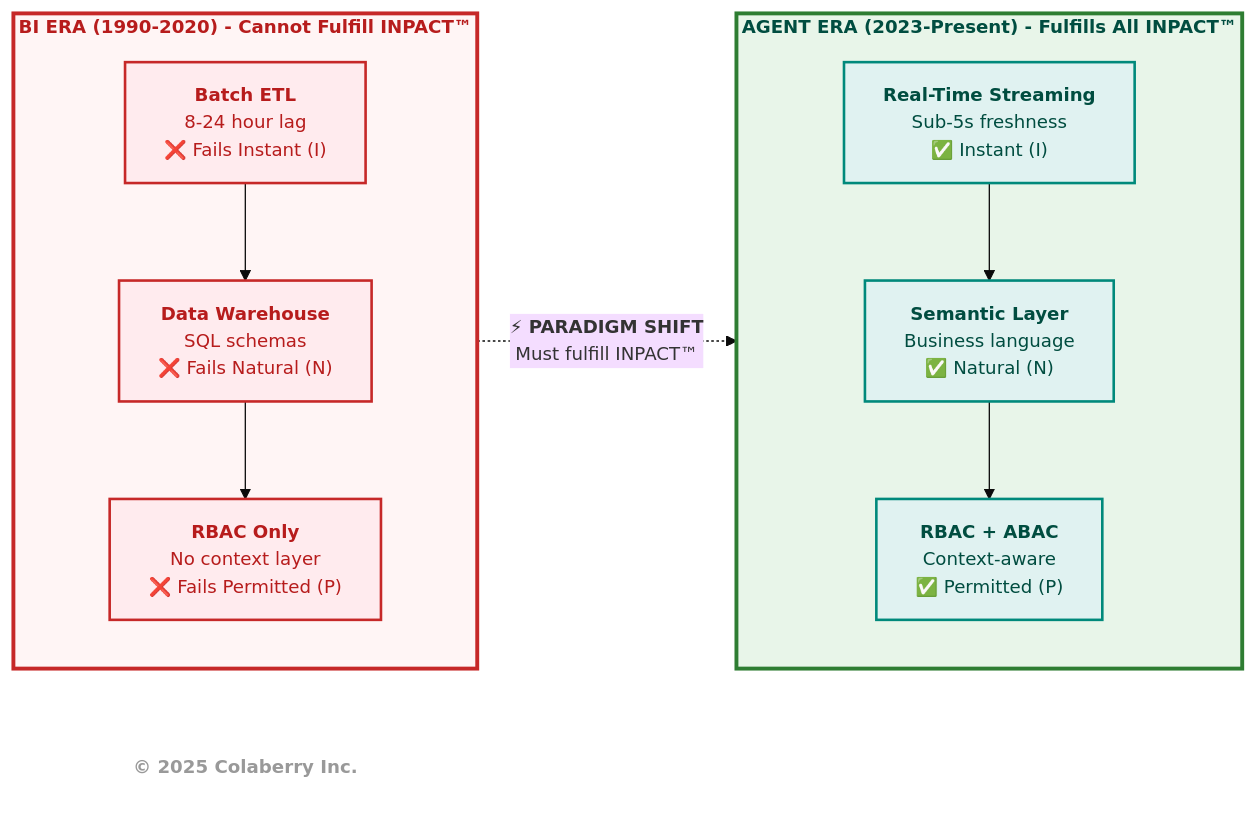
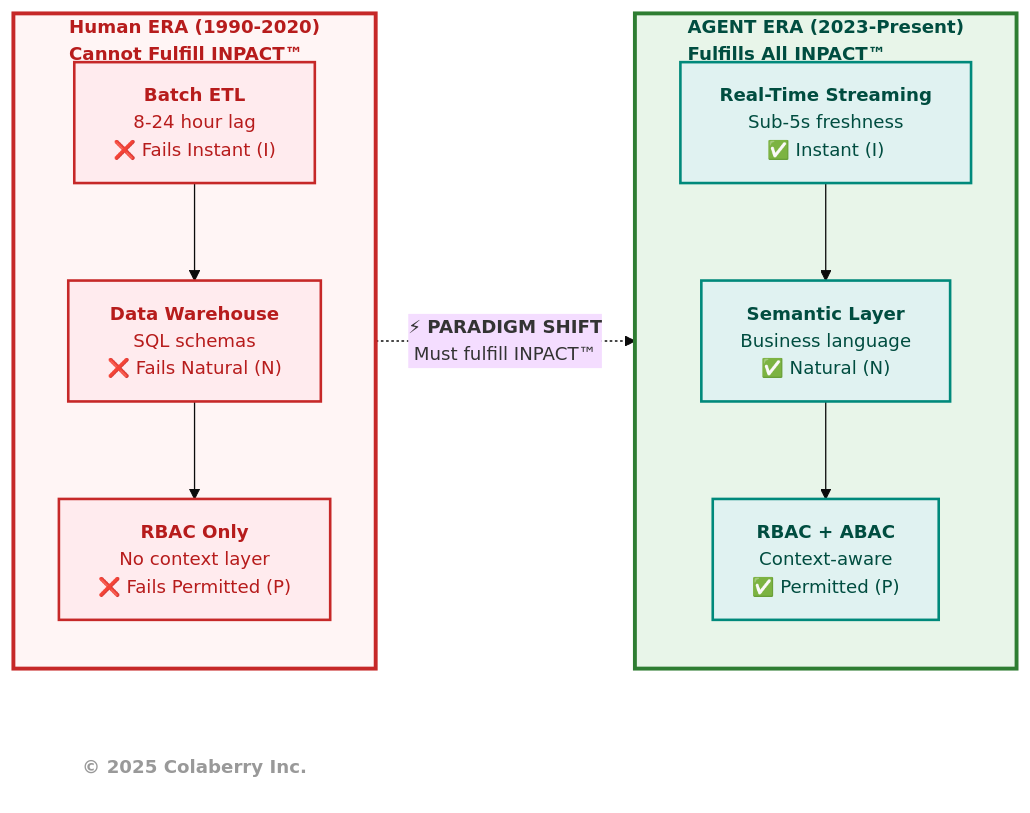
One commit to saitejesh-cyber/trust-before-intelligence-book changed the fifth of 6 diagrams in manuscript/02_chapter_1_why_agents_fail_v3_1.md. Above: the diagram before and after it, drawn with Mermaid. The commit also changed other lines of this file, not shown here.

Commit message:
Fixing content issues for diagram 4
Fixing content issues for diagram 4

````diff
--- a/manuscript/02_chapter_1_why_agents_fail_v3_1.md
+++ b/manuscript/02_chapter_1_why_agents_fail_v3_1.md
@@ -582,43 +582,43 @@
 ```mermaid
 %%{init: {'theme':'base', 'themeVariables': {'fontSize':'14px'}}}%%
 
 graph LR
     %% BI ERA (1990-2020) - Red Subgraph
-    subgraph BI["<b>BI ERA (1990-2020) - Cannot Fulfill INPACT™</b>"]
+    subgraph BI["<b>Human ERA (1990-2020) <br/> Cannot Fulfill INPACT™</b>"]
         direction TB
         ETL["<b>Batch ETL</b><br/>8-24 hour lag<br/>❌ Fails Instant (I)"]
         DW["<b>Data Warehouse</b><br/>SQL schemas<br/>❌ Fails Natural (N)"]
         RBAC["<b>RBAC Only</b><br/>No context layer<br/>❌ Fails Permitted (P)"]
         
         ETL --> DW --> RBAC
     end
     
     %% PARADIGM SHIFT - Bold Arrow
     BI -.->|"<b>⚡ PARADIGM SHIFT</b><br/>Must fulfill INPACT™"| AGENT
     
     %% AGENT ERA (2023-) - Green Subgraph
-    subgraph AGENT["<b>AGENT ERA (2023-Present) - Fulfills All INPACT™</b>"]
+    subgraph AGENT["<b>AGENT ERA (2023-Present) <br/> Fulfills All INPACT™</b>"]
         direction TB
         STREAM["<b>Real-Time Streaming</b><br/>Sub-5s freshness<br/>✅ Instant (I)"]
         SEMANTIC["<b>Semantic Layer</b><br/>Business language<br/>✅ Natural (N)"]
         ABAC["<b>RBAC + ABAC</b><br/>Context-aware<br/>✅ Permitted (P)"]
         
         STREAM --> SEMANTIC --> ABAC
     end
     
     %% Styling - CORRECTED COLORS FROM APPROVED PALETTE
     style BI fill:#fff5f5,stroke:#c62828,stroke-width:3px,color:#b71c1c
     style AGENT fill:#e8f5e9,stroke:#2e7d32,stroke-width:3px,color:#004d40
     
     style ETL fill:#ffebee,stroke:#c62828,stroke-width:2px,color:#b71c1c
     style DW fill:#ffebee,stroke:#c62828,stroke-width:2px,color:#b71c1c
     style RBAC fill:#ffebee,stroke:#c62828,stroke-width:2px,color:#b71c1c
     
     style STREAM fill:#e0f2f1,stroke:#00897b,stroke-width:2px,color:#004d40
     style SEMANTIC fill:#e0f2f1,stroke:#00897b,stroke-width:2px,color:#004d40
     style ABAC fill:#e0f2f1,stroke:#00897b,stroke-width:2px,color:#004d40
     
     %% Copyright (MANDATORY)
     CR["<b>© 2025 Colaberry Inc.</b>"]
     style CR fill:none,stroke:none,color:#999999
 ```
````
